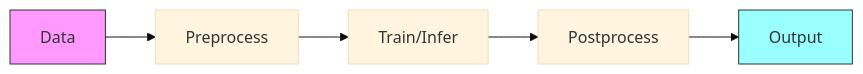
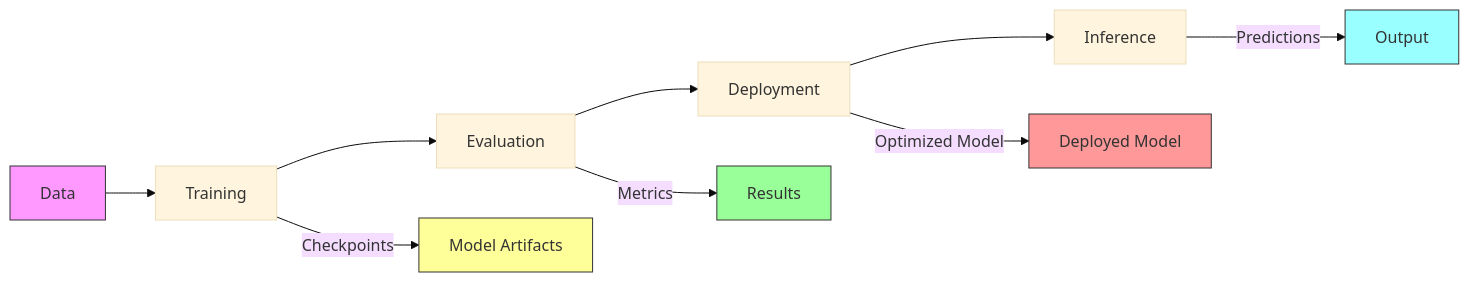
Before and after one commit to BjornMelin/ml-vision-lab: the second of 2 diagrams in core/pipelines/README.md, drawn with Mermaid (base theme). The commit also changed other lines of this file and 19 other files, not shown here.

Commit message:
docs(core): Add README files for architectures, heads, and blocks modules with usage guidelines and best practices

````diff
--- a/core/pipelines/README.md
+++ b/core/pipelines/README.md
@@ -168,9 +177,18 @@
 ```mermaid
 graph LR
-    A[Data] --> B[Preprocess]
-    B --> C[Train/Infer]
-    C --> D[Postprocess]
-    D --> E[Output]
+    A[Data] --> B[Training]
+    B --> C[Evaluation]
+    C --> D[Deployment]
+    D --> E[Inference]
+
+    B -->|Checkpoints| F[Model Artifacts]
+    C -->|Metrics| G[Results]
+    D -->|Optimized Model| H[Deployed Model]
+    E -->|Predictions| I[Output]
+
     style A fill:#f9f,stroke:#333
-    style E fill:#9ff,stroke:#333
+    style F fill:#ff9,stroke:#333
+    style G fill:#9f9,stroke:#333
+    style H fill:#f99,stroke:#333
+    style I fill:#9ff,stroke:#333
 ```
````
